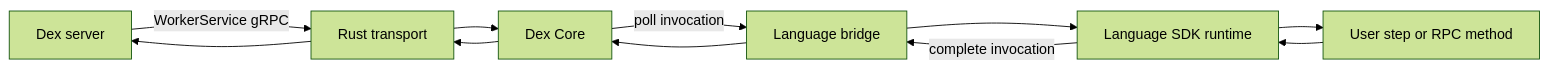
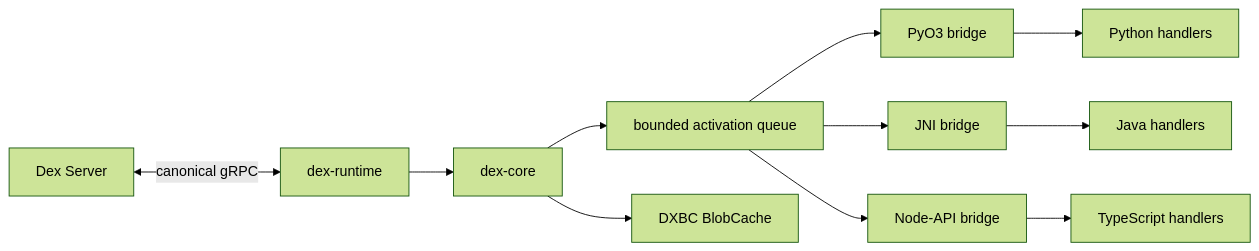
The diagram in docs/design/multi-language-rust-sdk-core.md (superdurable/dex), drawn with Mermaid (forest theme) before and after one commit. The commit also changed other lines of this file and 255 other files, not shown here.

Commit message:
Add typed multi-language SDK contracts

````diff
--- a/docs/design/multi-language-rust-sdk-core.md
+++ b/docs/design/multi-language-rust-sdk-core.md
@@ -42,13 +230,13 @@
 ```mermaid
 flowchart LR
-    S["Dex server"] -->|"WorkerService gRPC"| T["Rust transport"]
-    T --> C["Dex Core"]
-    C -->|"poll invocation"| B["Language bridge"]
-    B --> L["Language SDK runtime"]
-    L --> U["User step or RPC method"]
-    U --> L
-    L -->|"complete invocation"| B
-    B --> C
-    C --> T
-    T --> S
+    S["Dex Server"] <-->|"canonical gRPC"| R["dex-runtime"]
+    R --> C["dex-core"]
+    C --> Q["bounded activation queue"]
+    Q --> P["PyO3 bridge"]
+    Q --> J["JNI bridge"]
+    Q --> N["Node-API bridge"]
+    P --> PY["Python handlers"]
+    J --> JV["Java handlers"]
+    N --> TS["TypeScript handlers"]
+    C --> B["DXBC BlobCache"]
 ```
````
